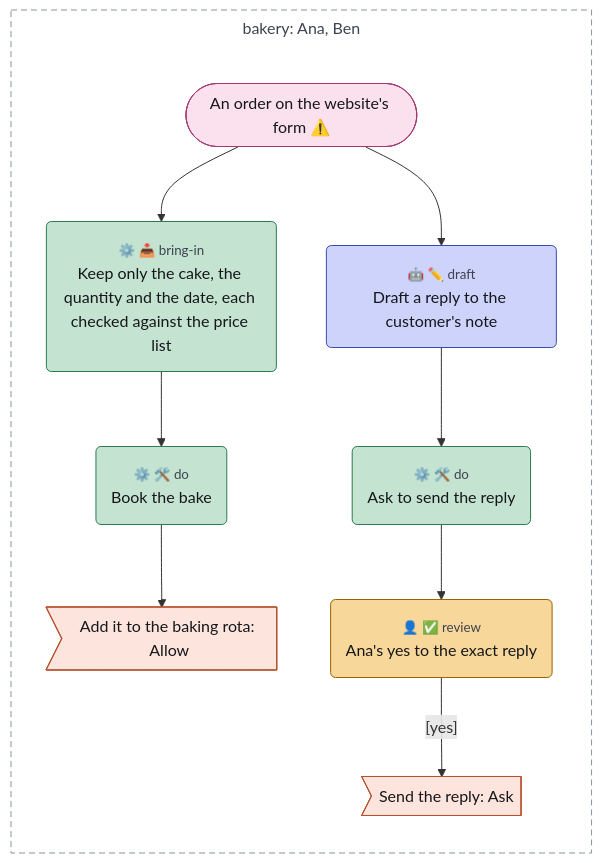
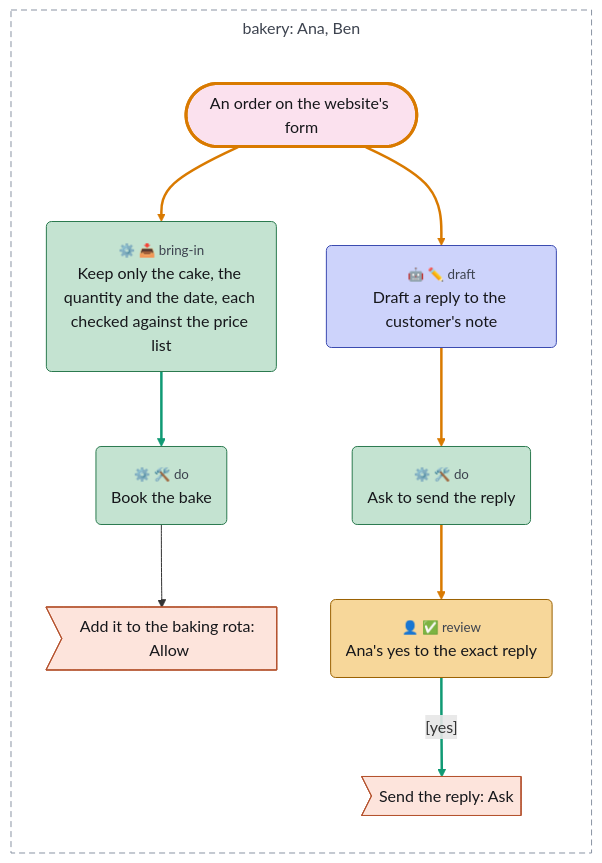
The diagram in examples/tour/14-untrusted-text.mmd (chrismdp/awml), drawn with Mermaid before and after one commit. The commit also changed 51 other files, not shown here.

```diff
--- a/examples/tour/14-untrusted-text.mmd
+++ b/examples/tour/14-untrusted-text.mmd
@@ -1,46 +1,51 @@
 ---
 config:
   theme: default
   fontFamily: Inter, sans-serif
   flowchart:
     useMaxWidth: false
     subGraphTitleMargin:
       top: 6
       bottom: 30
 ---
 flowchart TB
   subgraph bakery["bakery#58; Ana#44; Ben"]
     direction TB
-    form(["An order on the website#39;s form ⚠️"])
+    form(["An order on the website#39;s form"])
     keep("<small style='color:rgb(61,67,79)'>⚙️ 📥 bring-in</small><br>Keep only the cake#44; the quantity and the date#44; each checked against the price list")
     book("<small style='color:rgb(61,67,79)'>⚙️ 🛠️ do</small><br>Book the bake")
     rota>"Add it to the baking rota#58; Allow"]
     draft("<small style='color:rgb(61,67,79)'>🤖 ✏️ draft</small><br>Draft a reply to the customer#39;s note")
     ask("<small style='color:rgb(61,67,79)'>⚙️ 🛠️ do</small><br>Ask to send the reply")
     approve("<small style='color:rgb(61,67,79)'>👤 ✅ review</small><br>Ana#39;s yes to the exact reply")
     send>"Send the reply#58; Ask"]
   end
 
   form --> keep
   keep --> book
   book --> rota
   form --> draft
   draft --> ask
   ask --> approve
   approve -->|"#91;yes#93;"| send
   classDef trig fill:#fbe1ee,stroke:#a33a74,color:#16171b
   classDef ctx fill:#e2eef9,stroke:#3d6fa3,color:#16171b
   classDef con fill:#eceef2,stroke:#5d6472,color:#16171b
   classDef surf fill:#ffffff,stroke:#2a2d35,stroke-width:1.5px,color:#16171b
   classDef out fill:#fde4dc,stroke:#b5532f,color:#16171b
   classDef ai fill:#cdd3fb,stroke:#3b4bb0,color:#16171b
   classDef code fill:#c4e3d1,stroke:#2b7a4f,color:#16171b
   classDef person fill:#f7d79a,stroke:#9a6100,color:#16171b
   classDef uml fill:#16171b,stroke:#16171b,color:#16171b
   classDef gap fill:#ffffff,stroke:#8a93a3,stroke-dasharray:4 3,color:#6b7280
+  classDef untrusted stroke:#d97a00,stroke-width:3px
+  classDef unstopped stroke:#d0342c,stroke-width:3px
   class form trig
   class rota,send out
   class draft ai
   class keep,book,ask code
   class approve person
+  class form untrusted
   style bakery fill:transparent,stroke:#8a93a3,stroke-dasharray:6 4,color:#3d434f
+  linkStyle 0,3,4,5 stroke:#d97a00,stroke-width:2.5px
+  linkStyle 1,6 stroke:#109a74,stroke-width:2.5px
```
